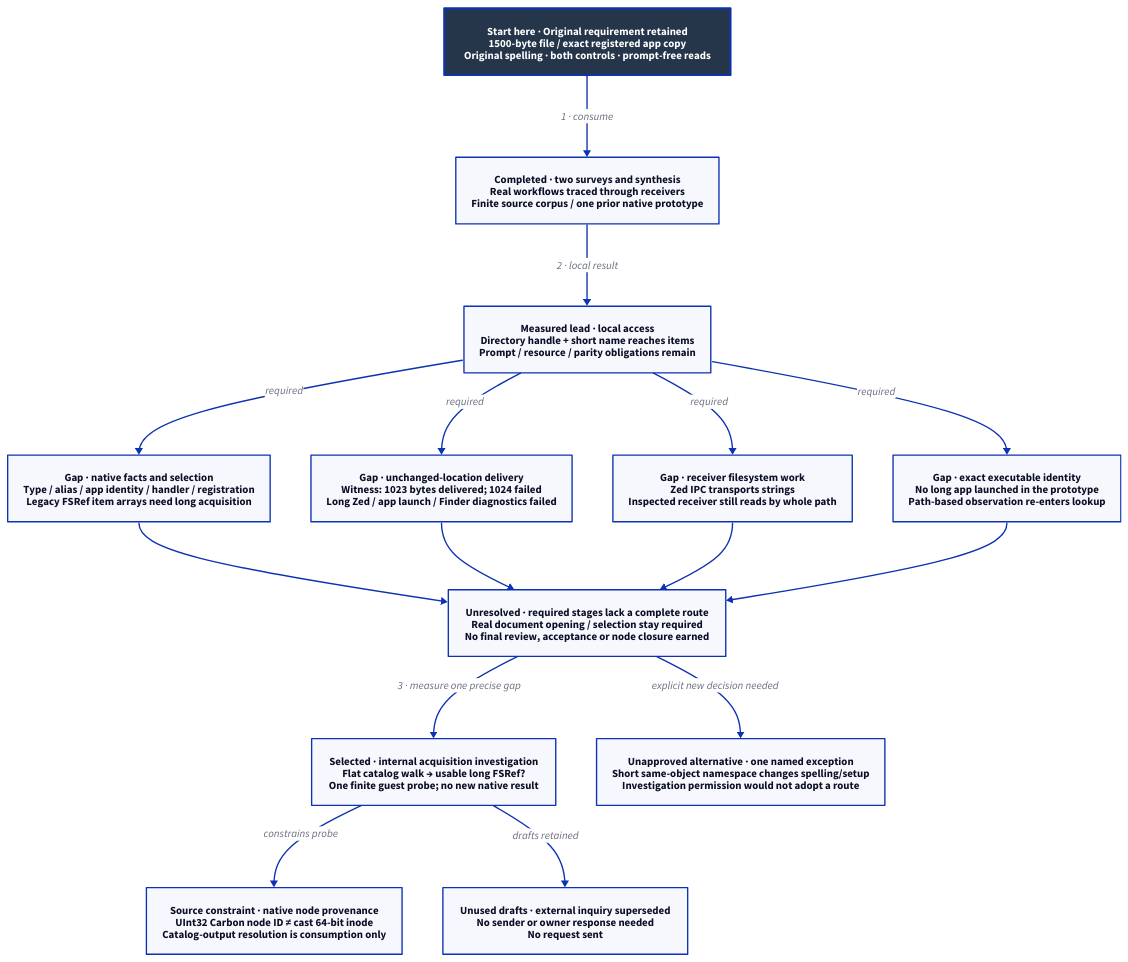
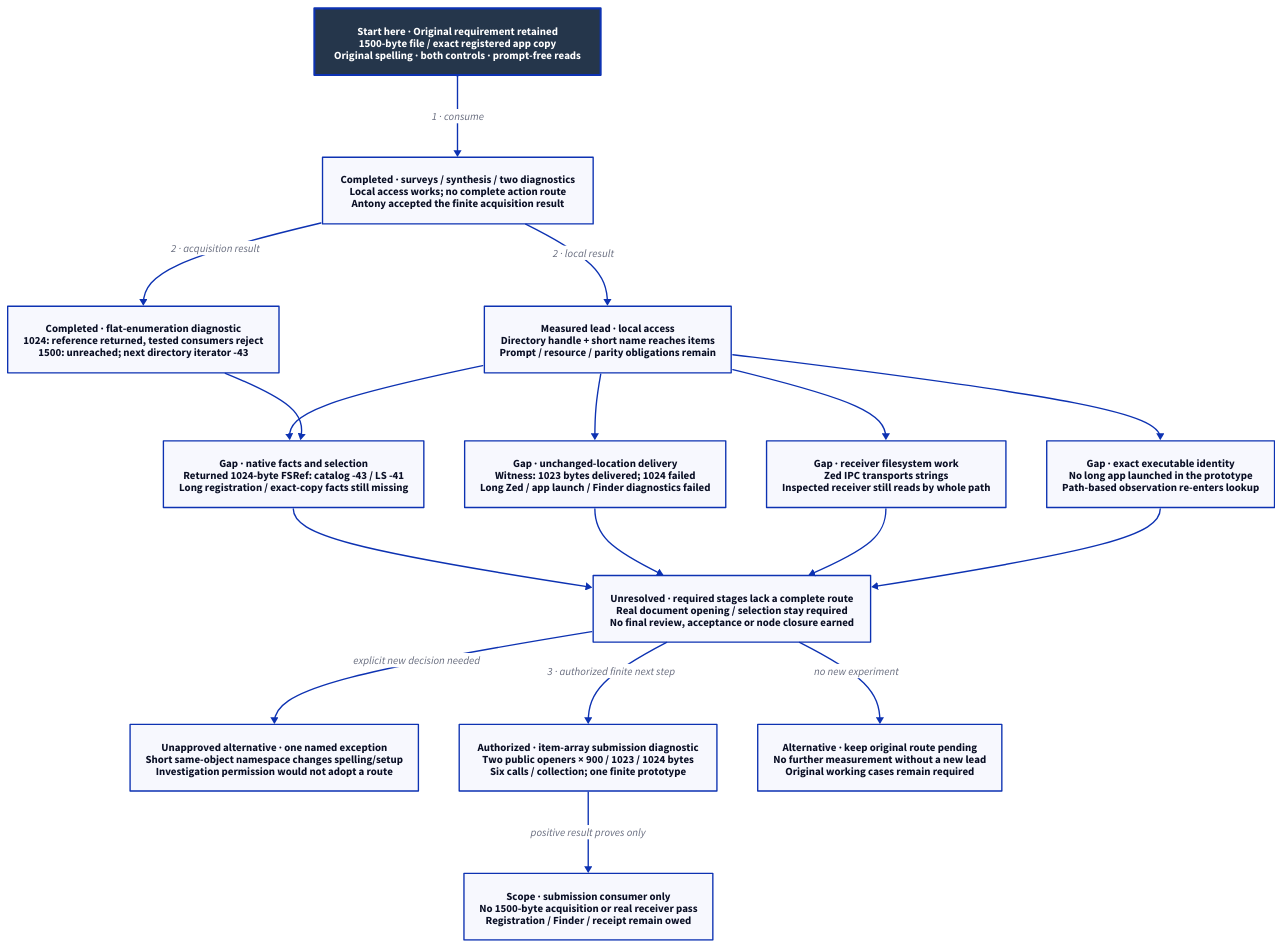
Before and after one commit to Linkuistics/Koine: the diagram in docs/design/architecture/workspace-route-candidates.d2, drawn with D2. The commit also changed 17 other files, not shown here.

Commit message:
Retire item-array-submission-k145; decompose long-action-route-k144 for the authorized finite diagnostic and retained returned design

```diff
--- a/docs/design/architecture/workspace-route-candidates.d2
+++ b/docs/design/architecture/workspace-route-candidates.d2
@@ -1,31 +1,34 @@
-# Returned mechanism disposition and authorized internal investigation; not action acceptance.
+# Returned acquisition result and authorized submission diagnostic; not action acceptance.
 direction: down
 classes: {
   start: {style: {fill: "#25364B"; font-color: "#FFFFFF"; bold: true; stroke-width: 3}}
 }
 Contract: "Start here · Original requirement retained\n1500-byte file / exact registered app copy\nOriginal spelling · both controls · prompt-free reads" {class: start}
-Evidence: "Completed · two surveys and synthesis\nReal workflows traced through receivers\nFinite source corpus / one prior native prototype"
+Evidence: "Completed · surveys / synthesis / two diagnostics\nLocal access works; no complete action route\nAntony accepted the finite acquisition result"
 Relative: "Measured lead · local access\nDirectory handle + short name reaches items\nPrompt / resource / parity obligations remain"
-Facts: "Gap · native facts and selection\nType / alias / app identity / handler / registration\nLegacy FSRef item arrays need long acquisition"
+Facts: "Gap · native facts and selection\nReturned 1024-byte FSRef: catalog -43 / LS -41\nLong registration / exact-copy facts still missing"
 Handoff: "Gap · unchanged-location delivery\nWitness: 1023 bytes delivered; 1024 failed\nLong Zed / app launch / Finder diagnostics failed"
 Receiver: "Gap · receiver filesystem work\nZed IPC transports strings\nInspected receiver still reads by whole path"
 Receipt: "Gap · exact executable identity\nNo long app launched in the prototype\nPath-based observation re-enters lookup"
 Pending: "Unresolved · required stages lack a complete route\nReal document opening / selection stay required\nNo final review, acceptance or node closure earned"
-Investigation: "Selected · internal acquisition investigation\nFlat catalog walk → usable long FSRef?\nOne finite guest probe; no new native result"
-NodeID: "Source constraint · native node provenance\nUInt32 Carbon node ID ≠ cast 64-bit inode\nCatalog-output resolution is consumption only"
-Inquiry: "Unused drafts · external inquiry superseded\nNo sender or owner response needed\nNo request sent"
+Investigation: "Completed · flat-enumeration diagnostic\n1024: reference returned, tested consumers reject\n1500: unreached; next directory iterator -43"
 Exception: "Unapproved alternative · one named exception\nShort same-object namespace changes spelling/setup\nInvestigation permission would not adopt a route"
+Proposal: "Authorized · item-array submission diagnostic\nTwo public openers × 900 / 1023 / 1024 bytes\nSix calls / collection; one finite prototype"
+Limit: "Scope · submission consumer only\nNo 1500-byte acquisition or real receiver pass\nRegistration / Finder / receipt remain owed"
+Hold: "Alternative · keep original route pending\nNo further measurement without a new lead\nOriginal working cases remain required"
 Contract -> Evidence: "1 · consume"
 Evidence -> Relative: "2 · local result"
-Relative -> Facts: "required"
-Relative -> Handoff: "required"
-Relative -> Receiver: "required"
-Relative -> Receipt: "required"
+Relative -> Facts
+Relative -> Handoff
+Relative -> Receiver
+Relative -> Receipt
 Facts -> Pending
 Handoff -> Pending
 Receiver -> Pending
 Receipt -> Pending
-Pending -> Investigation: "3 · measure one precise gap"
-Investigation -> NodeID: "constrains probe"
-Investigation -> Inquiry: "drafts retained"
+Evidence -> Investigation: "2 · acquisition result"
+Investigation -> Facts
+Pending -> Proposal: "3 · authorized finite next step"
+Proposal -> Limit: "positive result proves only"
+Pending -> Hold: "no new experiment"
 Pending -> Exception: "explicit new decision needed"
```
